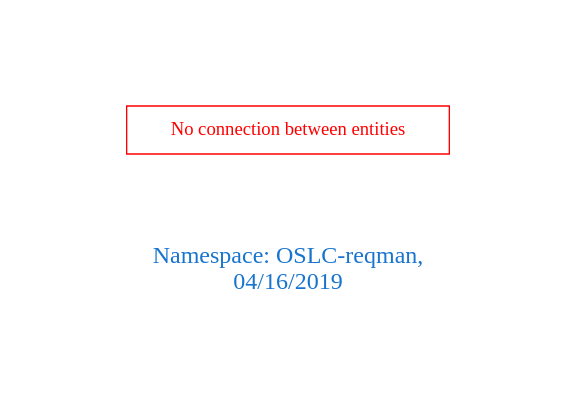
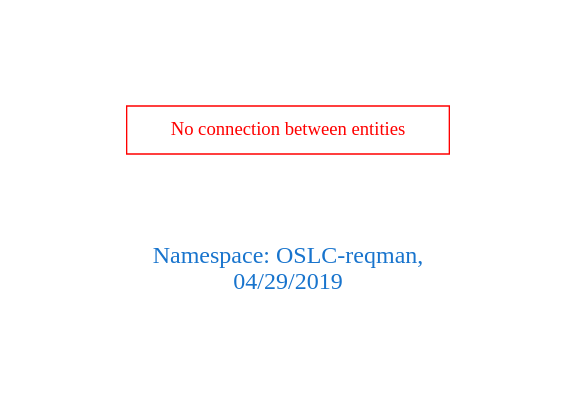
The diagram in downloads/OSLC-reqman.dot (arago/OGIT), drawn with Graphviz before and after one commit. The commit also changed 1389 other files, not shown here.

```diff
--- a/downloads/OSLC-reqman.dot
+++ b/downloads/OSLC-reqman.dot
@@ -1,9 +1,9 @@
 digraph OGIT_ontology {
  graph [ rankdir= LR,pad=1 
 fontsize = 18,
-fontcolor= dodgerblue3,label = "\n\n\nNamespace: OSLC-reqman, \n 04/16/2019"];
+fontcolor= dodgerblue3,label = "\n\n\nNamespace: OSLC-reqman, \n 04/29/2019"];
 node[shape=polygon];
 edge [  color="gray81"];
 
 "No connection between entities" [fontcolor = "red",color="red", shape="polygon"]
 }
```
